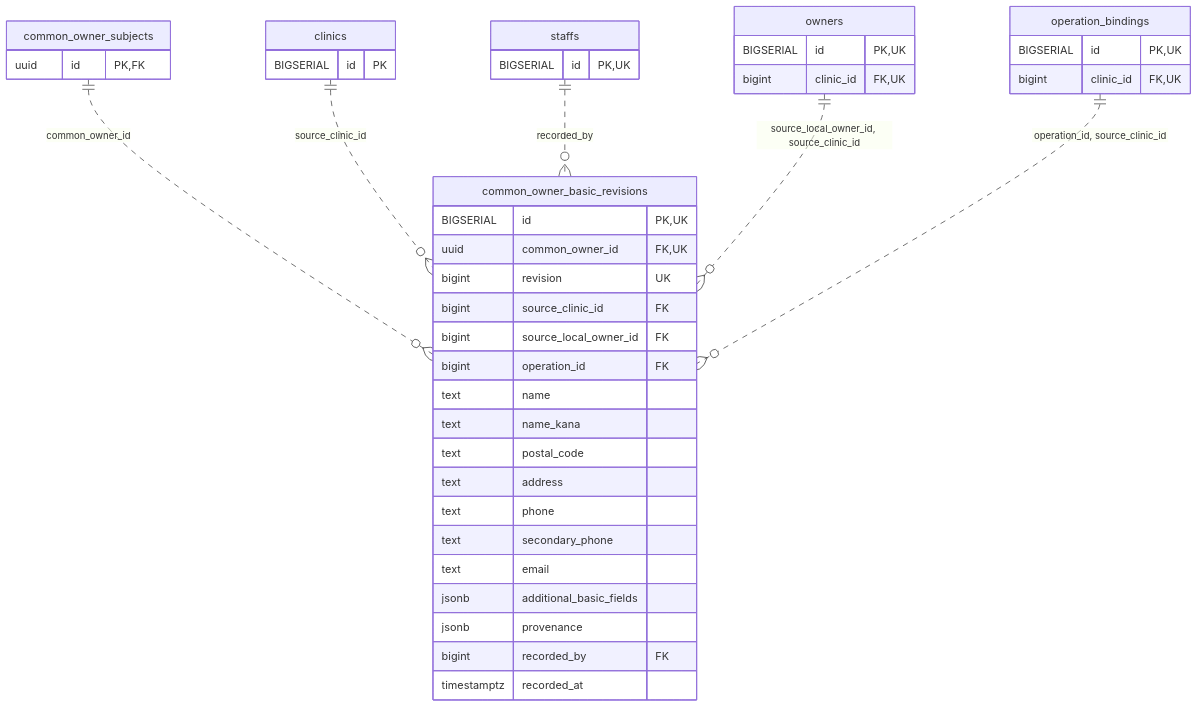
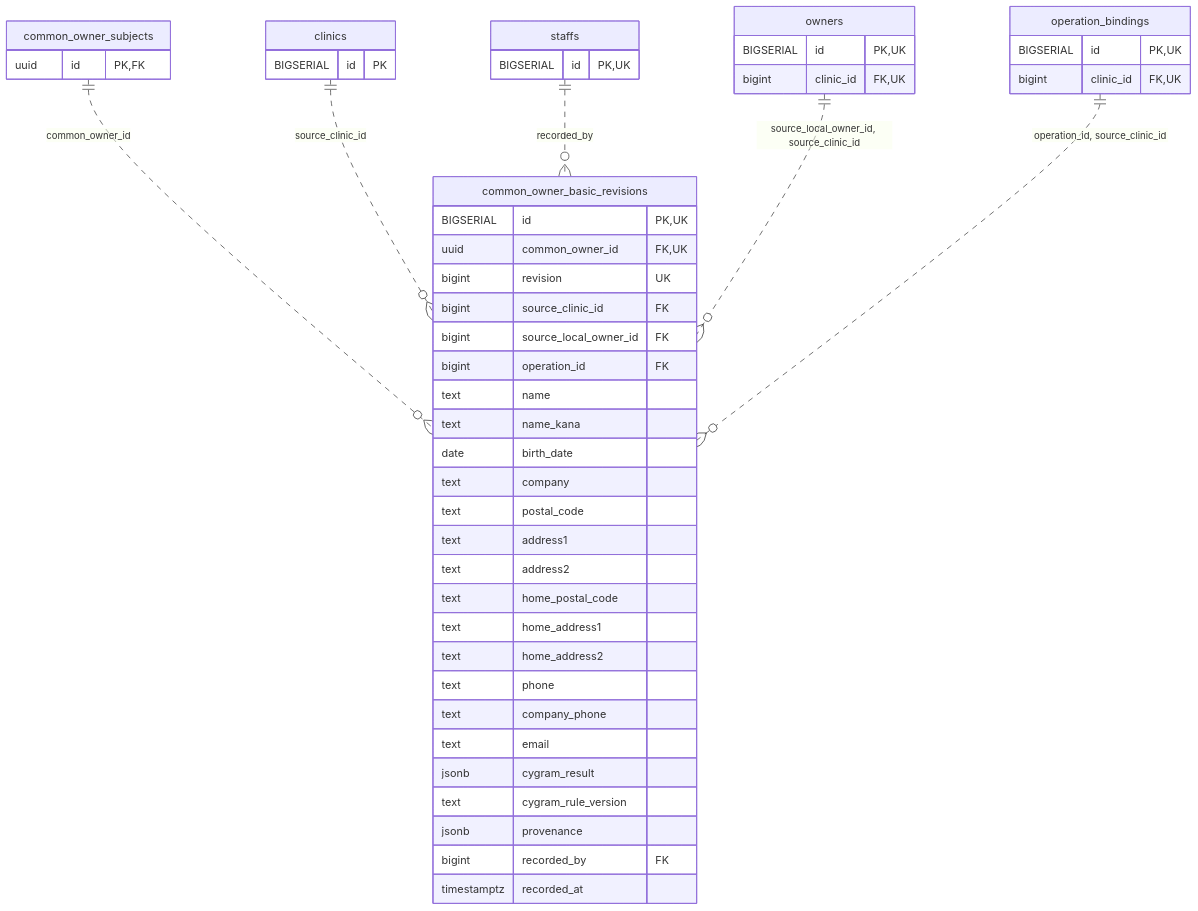
One commit to MinoruSoga/AnimalEkarte changed the diagram in docs/architecture/erd-detail/common_owner_basic_revisions.md. Above: the diagram before and after it, drawn with Mermaid. The commit also changed other lines of this file and 147 other files, not shown here.

````diff
--- a/docs/architecture/erd-detail/common_owner_basic_revisions.md
+++ b/docs/architecture/erd-detail/common_owner_basic_revisions.md
@@ -40,44 +47,51 @@
 ```mermaid
 erDiagram
     common_owner_basic_revisions {
         BIGSERIAL id PK,UK
         uuid common_owner_id FK,UK
         bigint revision UK
         bigint source_clinic_id FK
         bigint source_local_owner_id FK
         bigint operation_id FK
         text name
         text name_kana
+        date birth_date
+        text company
         text postal_code
-        text address
+        text address1
+        text address2
+        text home_postal_code
+        text home_address1
+        text home_address2
         text phone
-        text secondary_phone
+        text company_phone
         text email
-        jsonb additional_basic_fields
+        jsonb cygram_result
+        text cygram_rule_version
         jsonb provenance
         bigint recorded_by FK
         timestamptz recorded_at
     }
     clinics {
         BIGSERIAL id PK
     }
     common_owner_subjects {
         uuid id PK,FK
     }
     operation_bindings {
         BIGSERIAL id PK,UK
         bigint clinic_id FK,UK
     }
     owners {
         BIGSERIAL id PK,UK
         bigint clinic_id FK,UK
     }
     staffs {
         BIGSERIAL id PK,UK
     }
     common_owner_subjects ||..o{ common_owner_basic_revisions : "common_owner_id"
     clinics ||..o{ common_owner_basic_revisions : "source_clinic_id"
     staffs ||..o{ common_owner_basic_revisions : "recorded_by"
     owners ||..o{ common_owner_basic_revisions : "source_local_owner_id, source_clinic_id"
     operation_bindings ||..o{ common_owner_basic_revisions : "operation_id, source_clinic_id"
 ```
````
